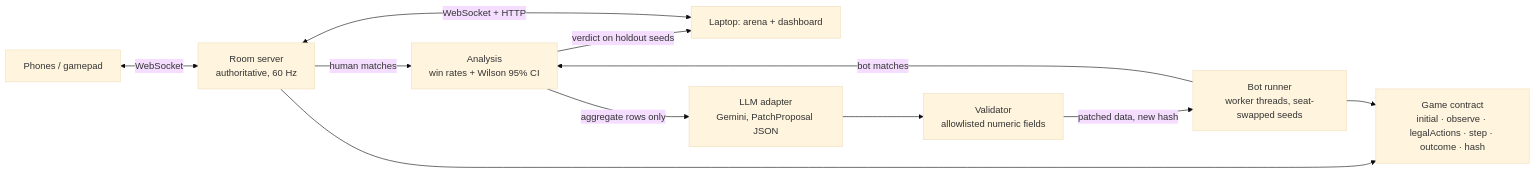
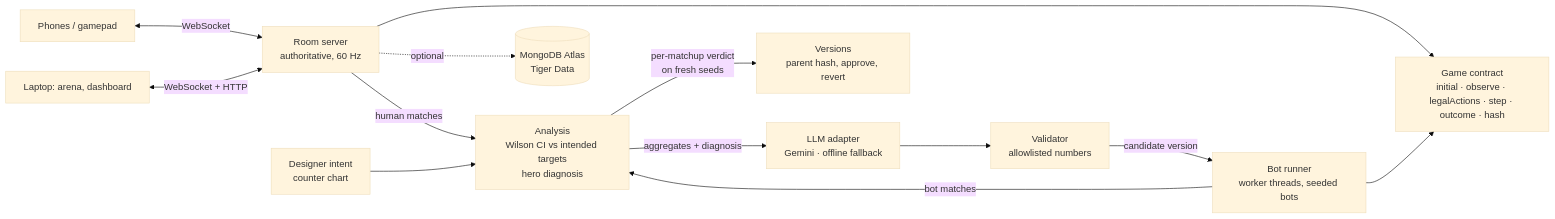
The diagram in README.md (yjk82693/balance-forge), drawn with Mermaid (base theme) before and after one commit. The commit also changed other lines of this file, not shown here.

Commit message:
docs: Update the README for intent, diagnosis, versions and learning

````diff
--- a/README.md
+++ b/README.md
@@ -19,13 +36,15 @@
 ```mermaid
 flowchart LR
   P[Phones / gamepad] <-->|WebSocket| R[Room server<br/>authoritative, 60 Hz]
-  L[Laptop: arena + dashboard] <-->|WebSocket + HTTP| R
+  L[Laptop: arena, dashboard] <-->|WebSocket + HTTP| R
   R --> G[Game contract<br/>initial · observe · legalActions · step · outcome · hash]
-  B[Bot runner<br/>worker threads, seat-swapped seeds] --> G
-  R -->|human matches| A[Analysis<br/>win rates + Wilson 95% CI]
+  B[Bot runner<br/>worker threads, seeded bots] --> G
+  R -->|human matches| A[Analysis<br/>Wilson CI vs intended targets<br/>hero diagnosis]
   B -->|bot matches| A
-  A -->|aggregate rows only| M[LLM adapter<br/>Gemini, PatchProposal JSON]
-  M --> V[Validator<br/>allowlisted numeric fields]
-  V -->|patched data, new hash| B
-  A -->|verdict on holdout seeds| L
+  I[Designer intent<br/>counter chart] --> A
+  A -->|aggregates + diagnosis| M[LLM adapter<br/>Gemini · offline fallback]
+  M --> V[Validator<br/>allowlisted numbers]
+  V -->|candidate version| B
+  A -->|per-matchup verdict<br/>on fresh seeds| VS[Versions<br/>parent hash, approve, revert]
+  R -.optional.-> S[(MongoDB Atlas<br/>Tiger Data)]
 ```
````
